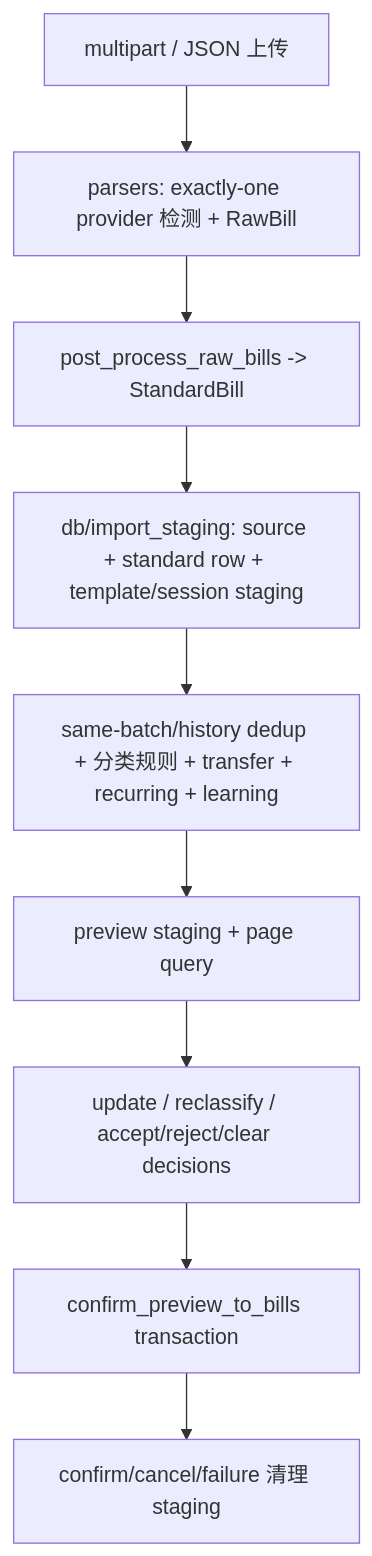
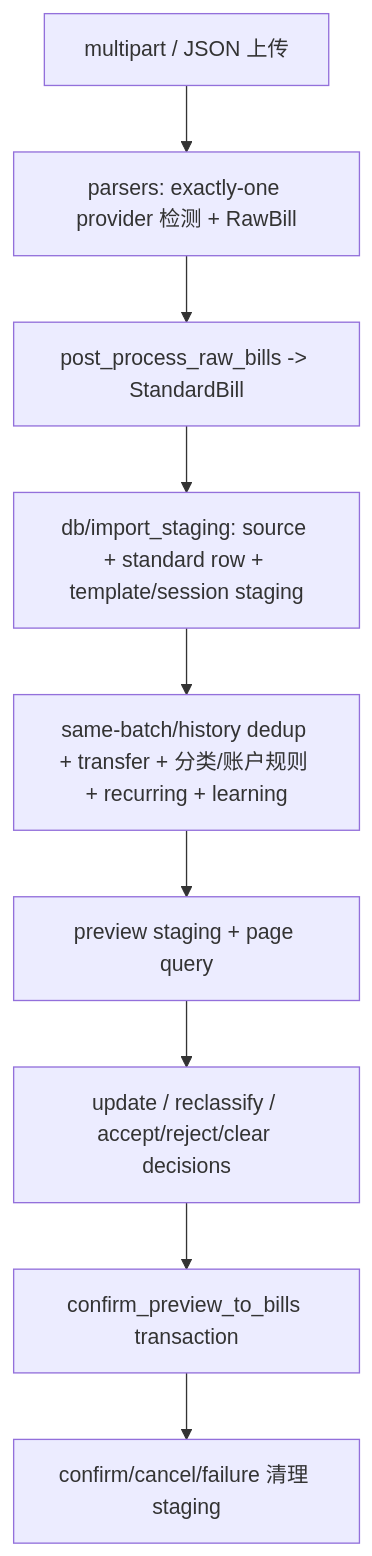
One commit to hcy0317/bill_analyser changed the third of 4 diagrams in docs/backend-map.md. Above: the diagram before and after it, drawn with Mermaid. The commit also changed other lines of this file and 9 other files, not shown here.

````diff
--- a/docs/backend-map.md
+++ b/docs/backend-map.md
@@ -68,11 +68,11 @@
 ```mermaid
 flowchart TD
   Upload["multipart / JSON 上传"] --> Parse["parsers: exactly-one provider 检测 + RawBill"]
   Parse --> Standard["post_process_raw_bills -> StandardBill"]
   Standard --> Template["db/import_staging: source + standard row + template/session staging"]
-  Template --> Decisions["same-batch/history dedup + 分类规则 + transfer + recurring + learning"]
+  Template --> Decisions["same-batch/history dedup + transfer + 分类/账户规则 + recurring + learning"]
   Decisions --> Preview["preview staging + page query"]
   Preview --> Mutations["update / reclassify / accept/reject/clear decisions"]
   Mutations --> Confirm["confirm_preview_to_bills transaction"]
   Confirm --> Cleanup["confirm/cancel/failure 清理 staging"]
 ```
````
